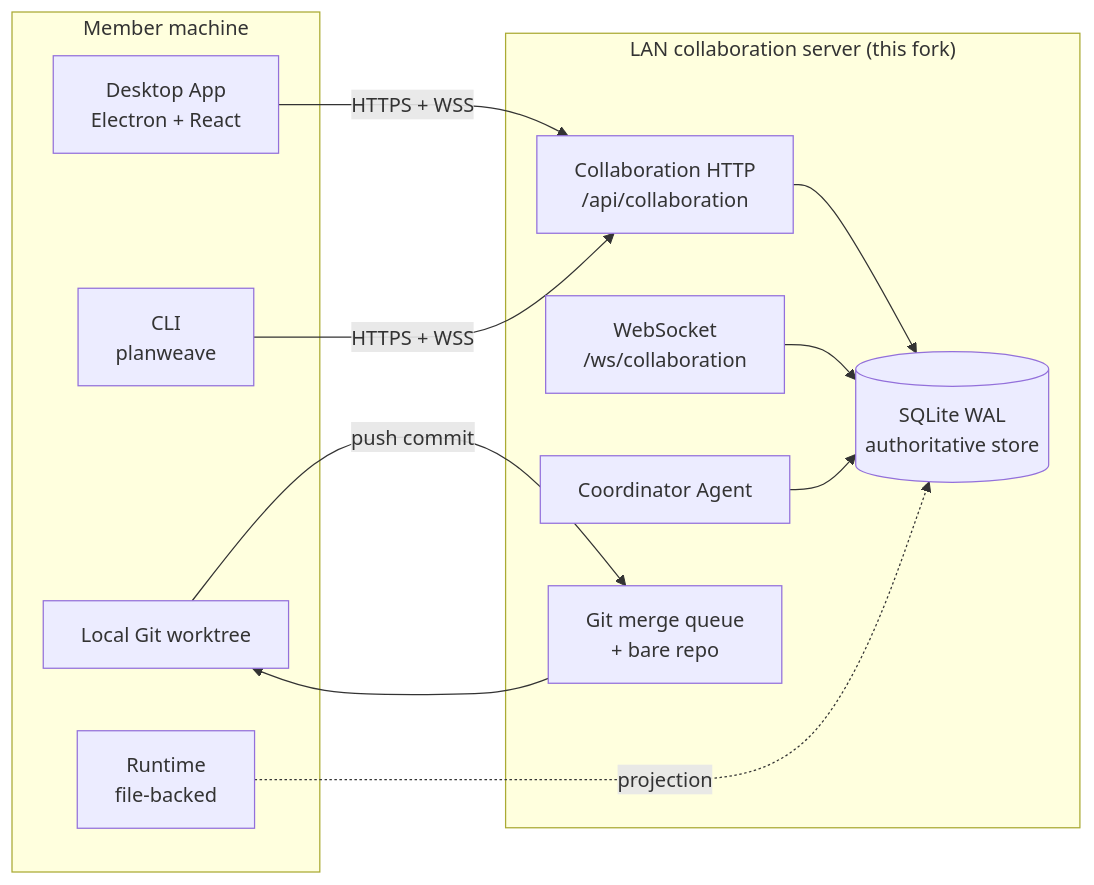
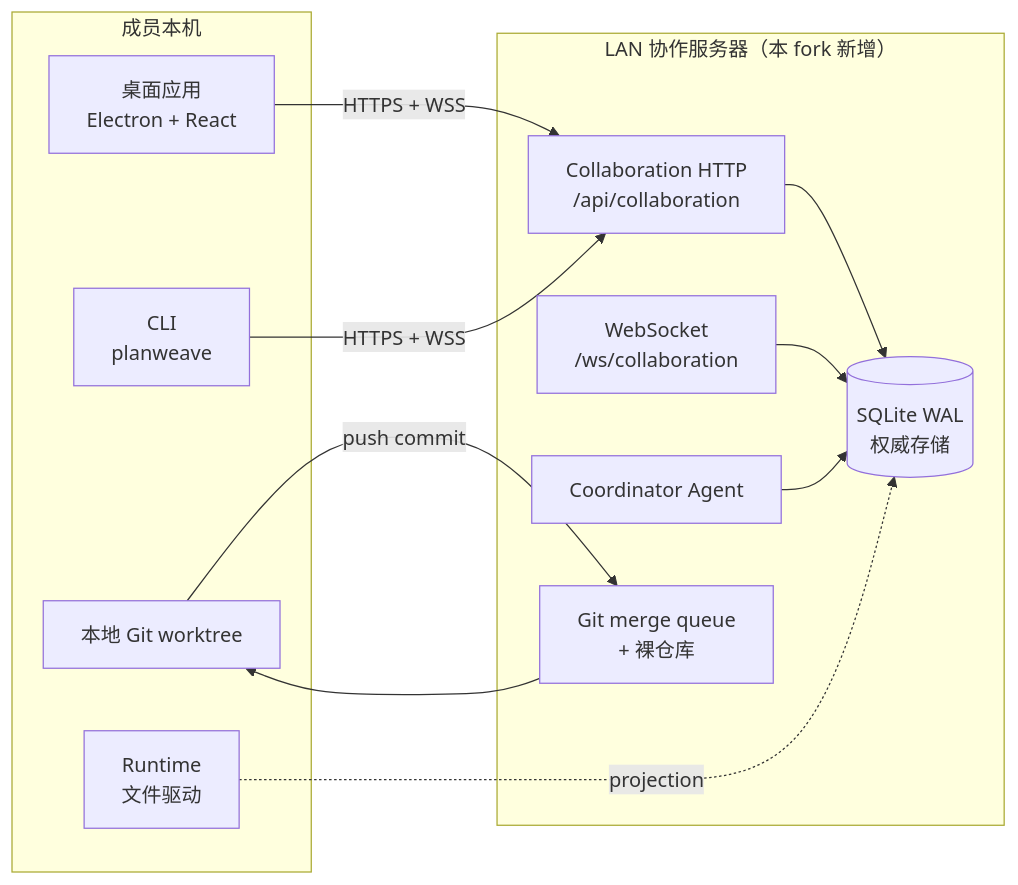
The diagram in README.md (NeuronCState/PlanWeave), drawn with Mermaid before and after one commit. The commit also changed other lines of this file, not shown here.

````diff
--- a/README.md
+++ b/README.md
@@ -49,26 +48,26 @@
 ```mermaid
 flowchart LR
-  subgraph Local["Member machine"]
-    D[Desktop App<br/>Electron + React]
+  subgraph Local["成员本机"]
+    D[桌面应用<br/>Electron + React]
     C[CLI<br/>planweave]
-    R[Runtime<br/>file-backed]
-    G[Local Git worktree]
+    R[Runtime<br/>文件驱动]
+    G[本地 Git worktree]
   end
 
-  subgraph Server["LAN collaboration server (this fork)"]
+  subgraph Server["LAN 协作服务器（本 fork 新增）"]
     H[Collaboration HTTP<br/>/api/collaboration]
     W[WebSocket<br/>/ws/collaboration]
-    S[(SQLite WAL<br/>authoritative store)]
+    S[(SQLite WAL<br/>权威存储)]
     CO[Coordinator Agent]
-    MQ[Git merge queue<br/>+ bare repo]
+    MQ[Git merge queue<br/>+ 裸仓库]
   end
 
   D -->|HTTPS + WSS| H
   C -->|HTTPS + WSS| H
   H --> S
   W --> S
   CO --> S
   MQ --> G
   G -->|push commit| MQ
   R -. projection .-> S
 ```
````
